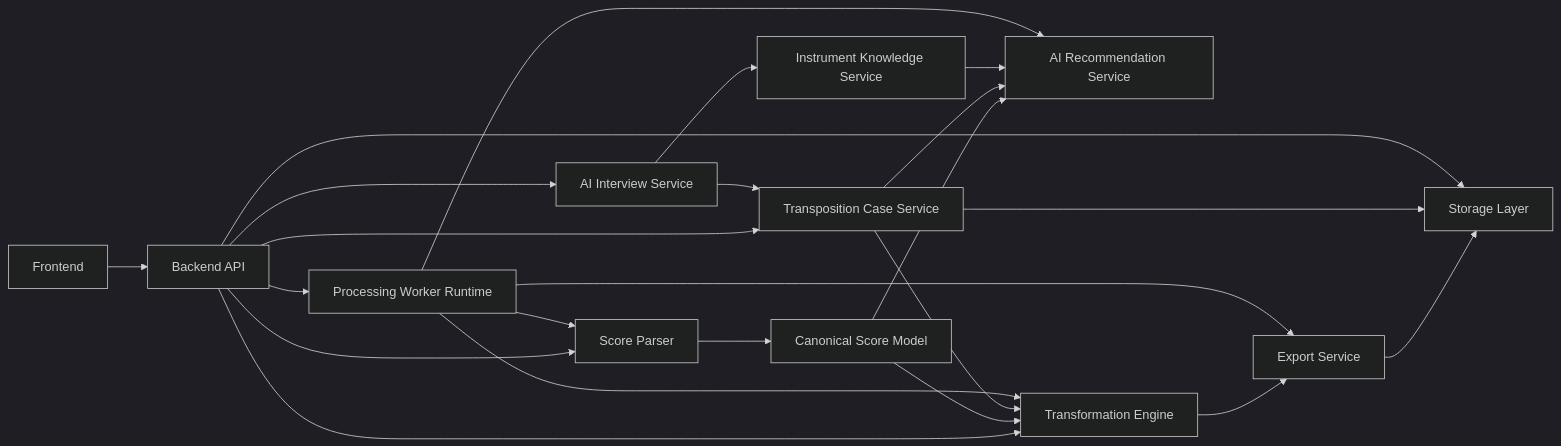
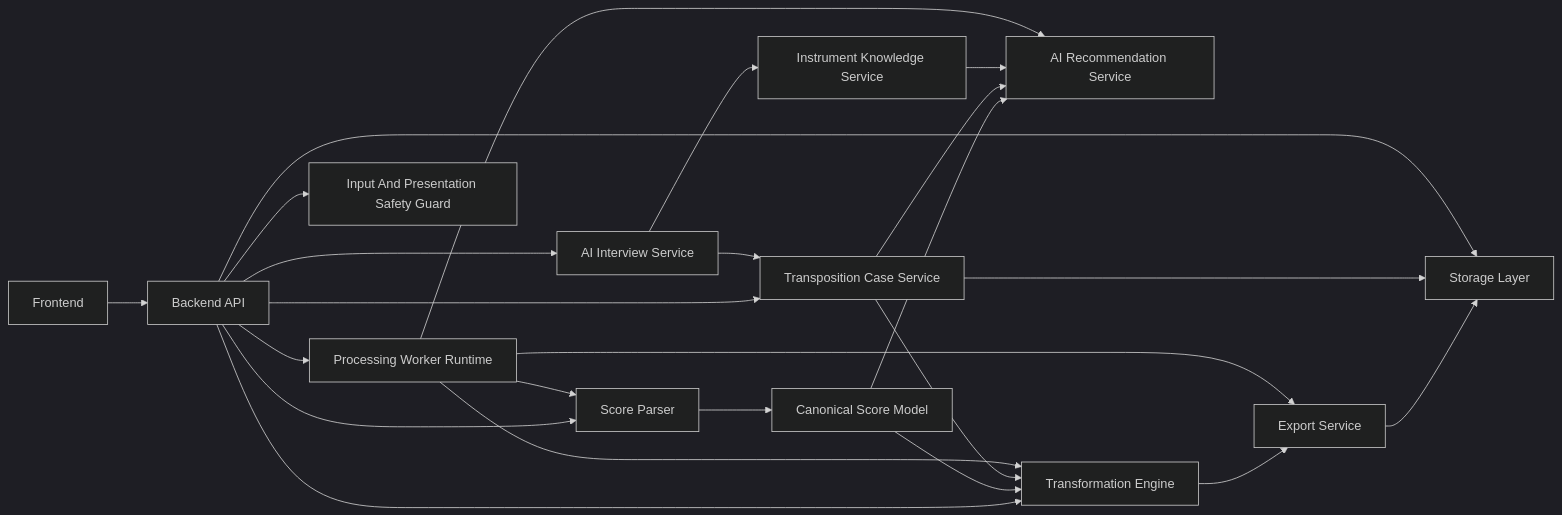
One commit to AnaKies/music-app changed the diagram in docs/architecture/module-design.md. Above: the diagram before and after it, drawn with Mermaid (dark theme). The commit also changed other lines of this file and 23 other files, not shown here.

````diff
--- a/docs/architecture/module-design.md
+++ b/docs/architecture/module-design.md
@@ -13,25 +13,26 @@
 ```mermaid
 flowchart LR
     FE[Frontend] --> API[Backend API]
     API --> CASE[Transposition Case Service]
     API --> PARSER[Score Parser]
     API --> JOBS[Processing Worker Runtime]
     PARSER --> CSM[Canonical Score Model]
     API --> AIQ[AI Interview Service]
     AIQ --> CASE
     AIQ --> IKS[Instrument Knowledge Service]
+    API --> GUARD[Input And Presentation Safety Guard]
     CSM --> AIR[AI Recommendation Service]
     CASE --> AIR
     IKS --> AIR
     API --> TX[Transformation Engine]
     JOBS --> PARSER
     JOBS --> AIR
     CSM --> TX
     CASE --> TX
     JOBS --> TX
     TX --> EXPORT[Export Service]
     JOBS --> EXPORT
     EXPORT --> STORE[Storage Layer]
     CASE --> STORE
     API --> STORE
 ```
````
